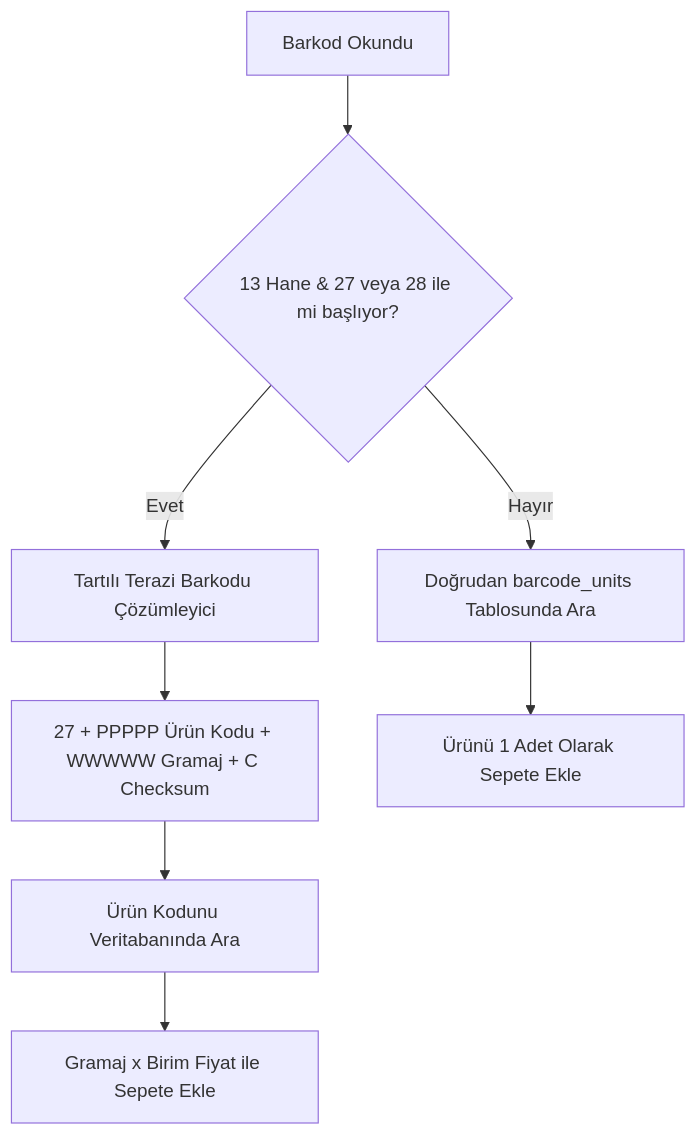
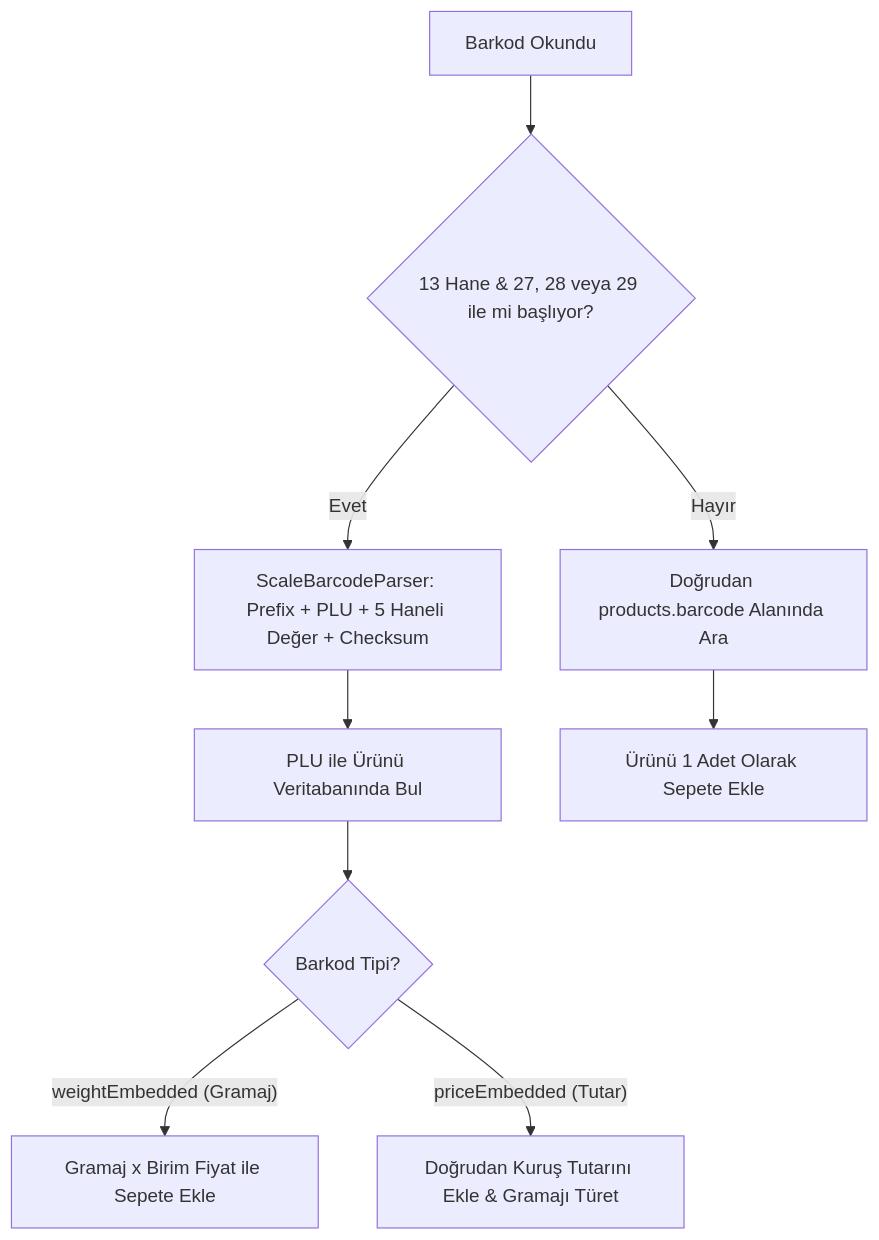
Before and after one commit to mhmtgwn/serenut: the third of 16 diagrams in docs/SERENUT_OS_MASTER_OPERATING_MANUAL.md, drawn with Mermaid. The commit also changed other lines of this file and 321 other files, not shown here.

````diff
--- a/docs/SERENUT_OS_MASTER_OPERATING_MANUAL.md
+++ b/docs/SERENUT_OS_MASTER_OPERATING_MANUAL.md
@@ -244,10 +263,11 @@
 ```mermaid
 graph TD
-    Input[Barkod Okundu] --> CheckLen{13 Hane & 27 veya 28 ile mi başlıyor?}
-    CheckLen -- Evet --> ParseScale[Tartılı Terazi Barkodu Çözümleyici]
-    ParseScale --> Extract[27 + PPPPP Ürün Kodu + WWWWW Gramaj + C Checksum]
-    Extract --> QueryProd[Ürün Kodunu Veritabanında Ara]
-    QueryProd --> Calc[Gramaj x Birim Fiyat ile Sepete Ekle]
-    CheckLen -- Hayır --> QueryBarcode[Doğrudan barcode_units Tablosunda Ara]
+    Input[Barkod Okundu] --> CheckLen{13 Hane & 27, 28 veya 29 ile mi başlıyor?}
+    CheckLen -- Evet --> ParseScale[ScaleBarcodeParser: Prefix + PLU + 5 Haneli Değer + Checksum]
+    ParseScale --> QueryProd[PLU ile Ürünü Veritabanında Bul]
+    QueryProd --> CheckType{Barkod Tipi?}
+    CheckType -- weightEmbedded (Gramaj) --> CalcWeight[Gramaj x Birim Fiyat ile Sepete Ekle]
+    CheckType -- priceEmbedded (Tutar) --> CalcPrice[Doğrudan Kuruş Tutarını Ekle & Gramajı Türet]
+    CheckLen -- Hayır --> QueryBarcode[Doğrudan products.barcode Alanında Ara]
     QueryBarcode --> AddPiece[Ürünü 1 Adet Olarak Sepete Ekle]
 ```
````
